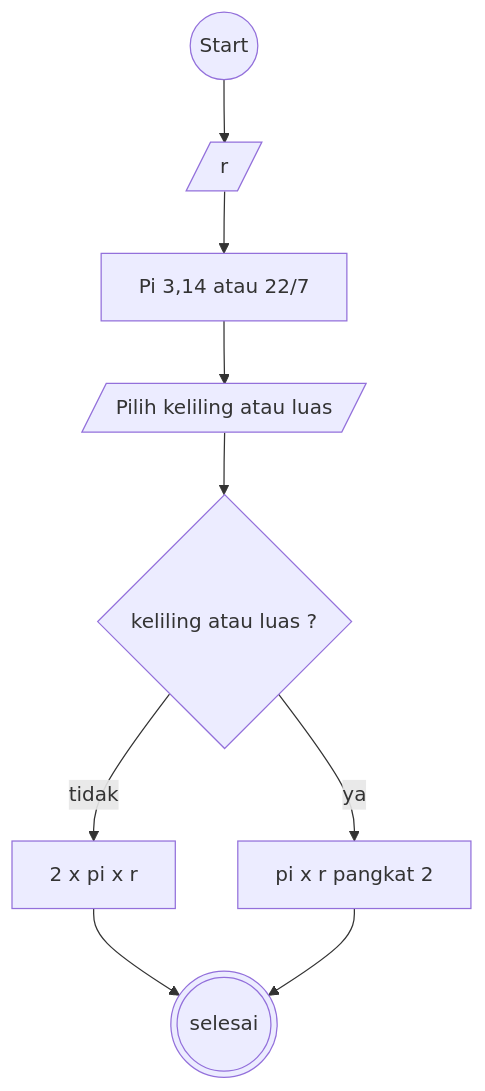
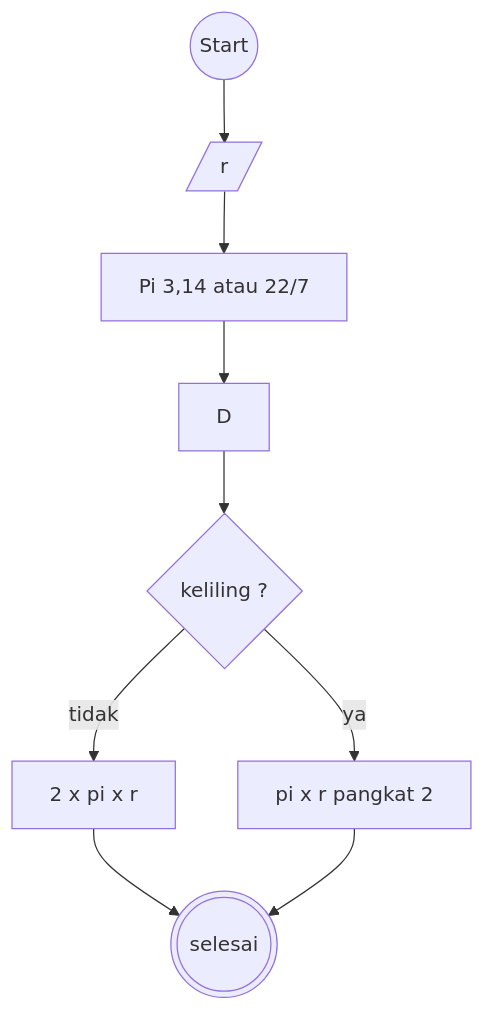
Before and after one commit to Farhan-dev-dot/koda-b10-algoritma: the second of 2 diagrams in README.md, drawn with Mermaid. The commit also changed other lines of this file, not shown here.

````diff
--- a/README.md
+++ b/README.md
@@ -66,27 +66,26 @@
 ```mermaid
 
 
 flowchart TD
 
 A@{ shape: circle, label: "Start" }
 B[/r/]
 C[Pi 3,14 atau 22/7]
-D[/Pilih keliling atau luas /]
-E{ keliling atau luas ?}
+E{ keliling ?}
 F[ pi x r pangkat 2 ]
 G[ 2 x pi x r ]
 I(((selesai)))
 
 A-->B
 B-->C
 C-->D
 D-->E
 E--ya-->F
 E--tidak-->G
 G-->I
 F-->I
 
 
 
 
 ```
````
